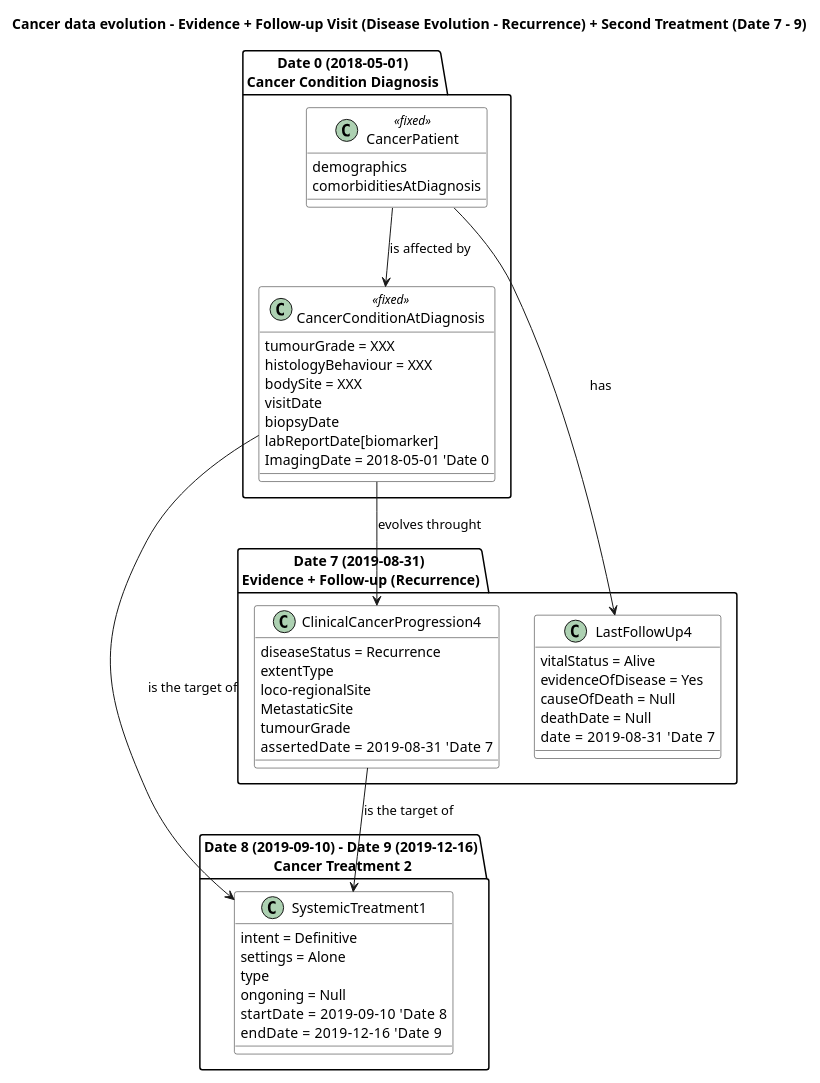
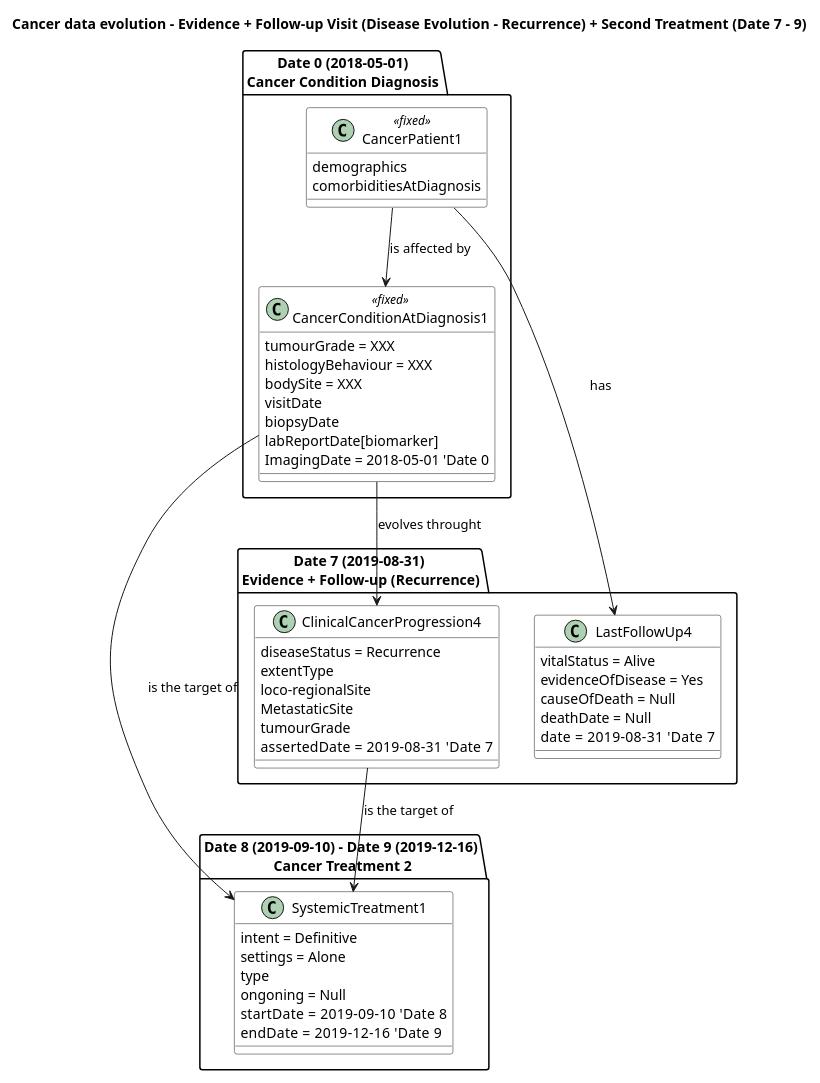
The diagram in input/images-source/CancerDataEvolution4.plantuml (hl7-eu/cancer-common), drawn with PlantUML before and after one commit. The commit also changed 7 other files, not shown here.

```diff
--- a/input/images-source/CancerDataEvolution4.plantuml
+++ b/input/images-source/CancerDataEvolution4.plantuml
@@ -1,142 +1,142 @@
 @startuml
 title Cancer data evolution – Evidence + Follow-up Visit (Disease Evolution - Recurrence) + Second Treatment (Date 7 - 9)
 
 skinparam class {
   BackgroundColor White
 }
 scale 0.8
 
 package "Date 0 (2018-05-01)\nCancer Condition Diagnosis" {
-  class CancerPatient <<fixed>> {
+  class CancerPatient1 <<fixed>> {
     demographics
     comorbiditiesAtDiagnosis
   }
   
-  class CancerConditionAtDiagnosis <<fixed>> {
+  class CancerConditionAtDiagnosis1 <<fixed>> {
     tumourGrade = XXX
     histologyBehaviour = XXX
     bodySite = XXX
     visitDate 
     biopsyDate 
     labReportDate[biomarker] 
     ImagingDate = 2018-05-01 'Date 0
   }
  
 }
 
 ' Links inside Date 0
-CancerPatient --> CancerConditionAtDiagnosis : is affected by
+CancerPatient1 --> CancerConditionAtDiagnosis1 : is affected by
 
  package "Date 7 (2019-08-31) \nEvidence + Follow-up (Recurrence)" {
     
     class LastFollowUp4 {
      vitalStatus = Alive
      evidenceOfDisease = Yes
      causeOfDeath = Null
      deathDate = Null
      date = 2019-08-31   'Date 7
   }
 
     class ClinicalCancerProgression4 {
       diseaseStatus = Recurrence
       extentType 
       loco-regionalSite 
       MetastaticSite 
       tumourGrade
       assertedDate = 2019-08-31   'Date 7
     }
 
  }
 
-CancerPatient --> LastFollowUp4 : has
-CancerConditionAtDiagnosis --> ClinicalCancerProgression4 : evolves throught
+CancerPatient1 --> LastFollowUp4 : has
+CancerConditionAtDiagnosis1 --> ClinicalCancerProgression4 : evolves throught
 
 
 package "Date 8 (2019-09-10) - Date 9 (2019-12-16)\n Cancer Treatment 2" {
     
     class SystemicTreatment1 {
       intent = Definitive
       settings = Alone
       type
       ongoning = Null
       startDate = 2019-09-10   'Date 8
       endDate = 2019-12-16   'Date 9
     }
 
  }
 
-CancerConditionAtDiagnosis --> SystemicTreatment1 : is the target of
+CancerConditionAtDiagnosis1 --> SystemicTreatment1 : is the target of
 ClinicalCancerProgression4 --> SystemicTreatment1 : is the target of
 /' ' ===========================================
 'Date 7 – 2019-08-31 (Disease Evolution + Follow-up)
 ' ===========================================
 package date7 as "Date 7 (2019-08-31)\nEvidence + Follow-up (Disease Evolution)" {
 
   class CancerCondition_D7 as "Cancer Condition" {
     histology_behaviour (fixed)
     body_site (fixed)
     tumour_grade
     asserted_date = procedure date (fixed)
     base_of_diagnosis (fixed)
     imaging_type (fixed)
     biomarker_type (fixed)
     disease_status = Recurrence
     last_check = 2019-08-31
   }
 
   class DiseaseEvolution1 as "Disease Evolution (over time & space) 1" {
     extent_type = Recurrence
     disease_extent (sites)
     histology_behaviour
     tumour_grade
     base_of_diagnosis (fixed)
     imaging_type (fixed)
     biomarker_type (fixed)
     genomics
     asserted_date = 2019-08-31
   }
 
   class Patient_D7 as "Patient" <<fixed>> {
     demographics
     comorbidities
     life_status = Alive With Disease (AWD)
     last_check = 2019-08-31
   }
 }
 
 ' Relationships at Date 7
 ' DiseaseEvolution1 --> CancerCondition_D7 : target
 ' DiseaseEvolution1 --> Patient_D7 : affects
 
 package drugTreatment as "Drug Treatment" {
 
 ' ===========================================
 'Date 8 – 2019-09-10 (Drug treatment start)
 ' ===========================================
 package date8 as "Date 8 (2019-09-10)\nDrug Treatment Start" {
   class DrugAdministration_Start as "Drug Administration" {
     intent = definitive
     start_date = 2019-09-10
   }
 }
 
 ' ===========================================
 'Date 9 – 2019-12-16 (Drug treatment end)
 ' ===========================================
 package date9 as "Date 9 (2019-12-16)\nDrug Treatment End" {
   class DrugAdministration_End as "Drug Administration (end)" {
     intent = definitive
     end_date = 2019-12-16
   }
 }
 
 }
 
 'Date7 -[hidden]-> drugTreatment
 
 
 ' Treatment is based on the recurrence and patient status
 drugTreatment --> DiseaseEvolution1 : related to
 
  '/
 @enduml
```
